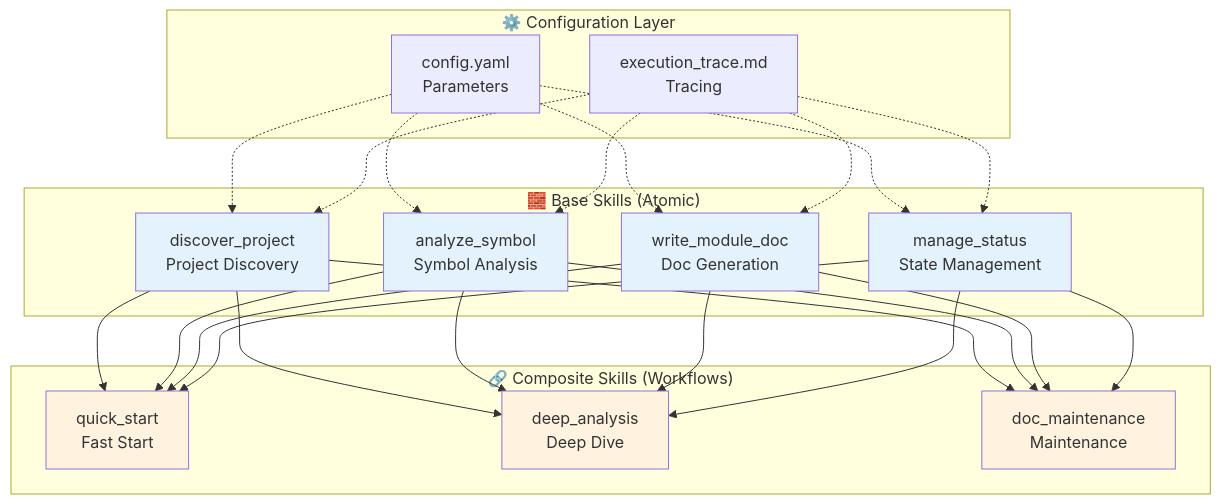
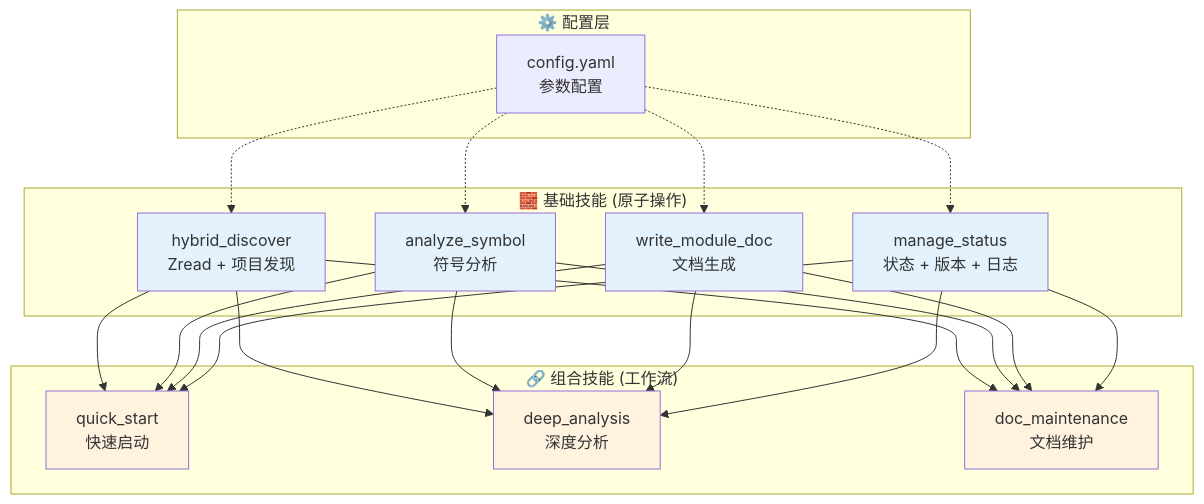
One commit to Baixu22/project-learning-guide changed the second of 2 diagrams in README.md. Above: the diagram before and after it, drawn with Mermaid. The commit also changed other lines of this file and 12 other files, not shown here.

````diff
--- a/README.md
+++ b/README.md
@@ -52,32 +60,30 @@
 ```mermaid
 flowchart TB
-  subgraph Base_Skills["🧱 Base Skills (Atomic)"]
-    B1["discover_project<br/>Project Discovery"]
-    B2["analyze_symbol<br/>Symbol Analysis"]
-    B3["write_module_doc<br/>Doc Generation"]
-    B4["manage_status<br/>State Management"]
+  subgraph Base_Skills["🧱 基础技能 (原子操作)"]
+    B1["hybrid_discover<br/>Zread + 项目发现"]
+    B2["analyze_symbol<br/>符号分析"]
+    B3["write_module_doc<br/>文档生成"]
+    B4["manage_status<br/>状态 + 版本 + 日志"]
   end
 
-  subgraph Composite_Skills["🔗 Composite Skills (Workflows)"]
-    C1["quick_start<br/>Fast Start"]
-    C2["deep_analysis<br/>Deep Dive"]
-    C3["doc_maintenance<br/>Maintenance"]
+  subgraph Composite_Skills["🔗 组合技能 (工作流)"]
+    C1["quick_start<br/>快速启动"]
+    C2["deep_analysis<br/>深度分析"]
+    C3["doc_maintenance<br/>文档维护"]
   end
 
-  subgraph Config["⚙️ Configuration Layer"]
-    CF["config.yaml<br/>Parameters"]
-    ET["execution_trace.md<br/>Tracing"]
+  subgraph Config["⚙️ 配置层"]
+    CF["config.yaml<br/>参数配置"]
   end
 
   B1 & B2 & B3 & B4 --> C1 & C2 & C3
   CF -.-> B1 & B2 & B3 & B4
-  ET -.-> B1 & B2 & B3 & B4
 
   style B1 fill:#e3f2fd
   style B2 fill:#e3f2fd
   style B3 fill:#e3f2fd
   style B4 fill:#e3f2fd
   style C1 fill:#fff3e0
   style C2 fill:#fff3e0
   style C3 fill:#fff3e0
 ```
````
